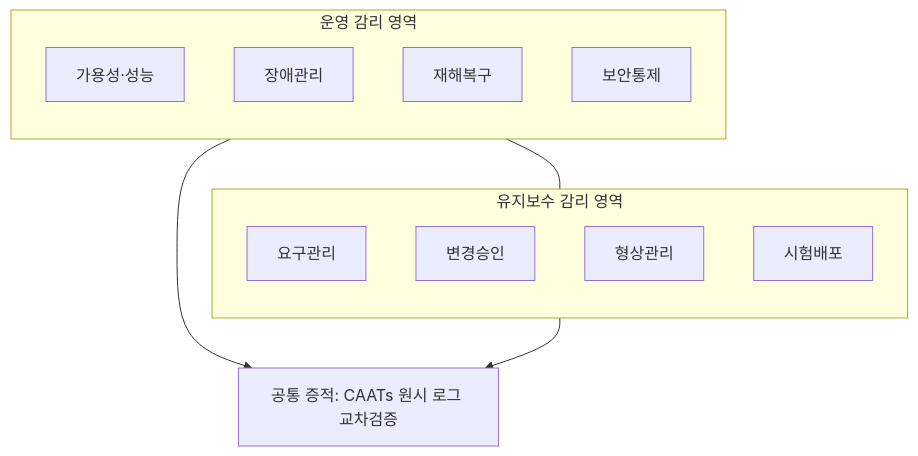
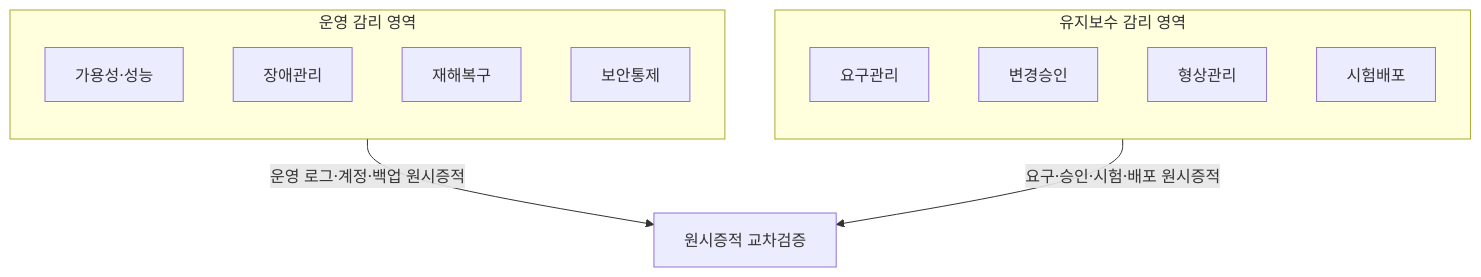
One commit to agnusdei1207/study changed the first of 3 diagrams in src/content/docs/notes/itpe/01-it-strategy/059_system_operation_audit.md. Above: the diagram before and after it, drawn with Mermaid. The commit also changed other lines of this file and 3 other files, not shown here.

````diff
--- a/src/content/docs/notes/itpe/01-it-strategy/059_system_operation_audit.md
+++ b/src/content/docs/notes/itpe/01-it-strategy/059_system_operation_audit.md
@@ -53,22 +56,21 @@
 ```mermaid
 flowchart TD
     subgraph OP["운영 감리 영역"]
         direction TB
         O1["가용성·성능"]
         O2["장애관리"]
         O3["재해복구"]
         O4["보안통제"]
     end
 
     subgraph MAINT["유지보수 감리 영역"]
         direction TB
         M1["요구관리"]
         M2["변경승인"]
         M3["형상관리"]
         M4["시험배포"]
     end
 
-    OP --- MAINT
-    OP --> CAAT["공통 증적: CAATs 원시 로그 교차검증"]
-    MAINT --> CAAT
+    OP -->|"운영 로그·계정·백업 원시증적"| CAAT["원시증적 교차검증"]
+    MAINT -->|"요구·승인·시험·배포 원시증적"| CAAT
 ```
````
